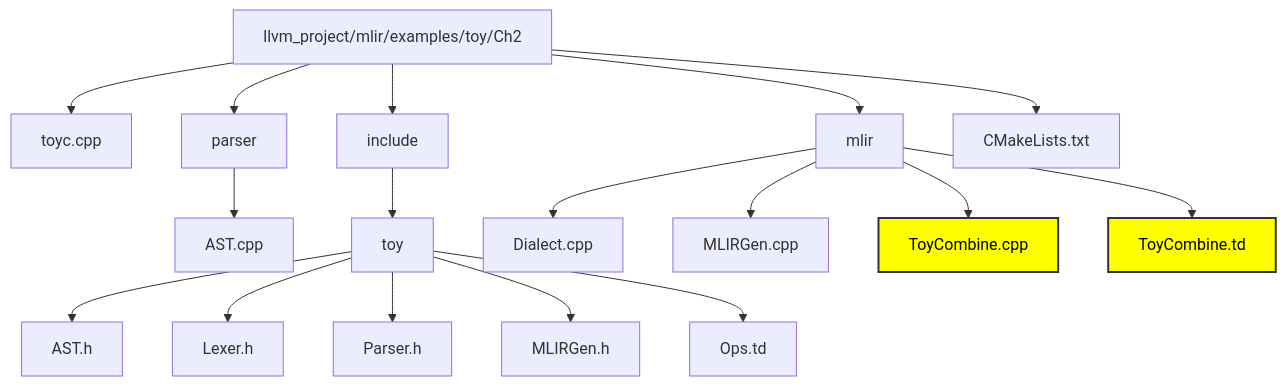
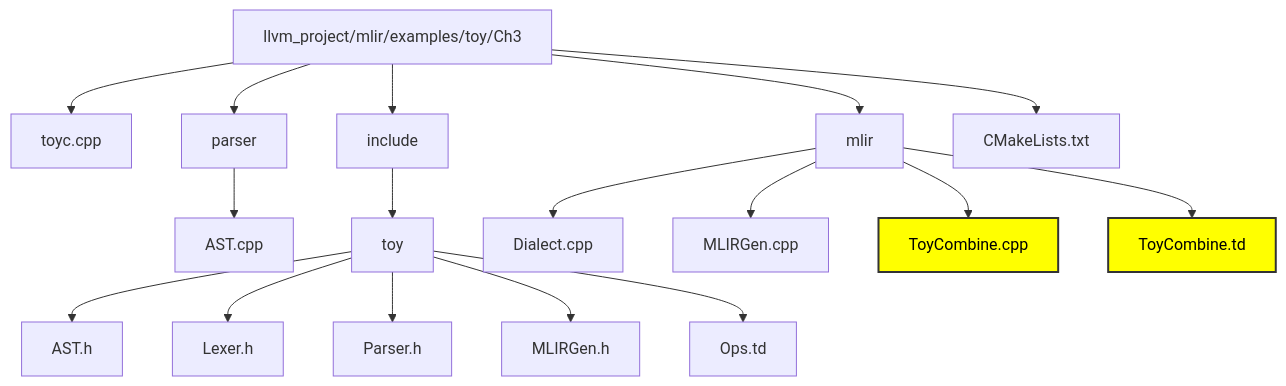
One commit to Ameya674/mlir_for_beginners changed the diagram in Ch3.md. Above: the diagram before and after it, drawn with Mermaid.

Commit message:
MLIR to MLIR Transformed

````diff
--- a/Ch3.md
+++ b/Ch3.md
@@ -9,51 +9,51 @@
 ```mermaid
 graph TD
-  ch2_compiler["llvm_project/mlir/examples/toy/Ch2"]
+  ch2_compiler["llvm_project/mlir/examples/toy/Ch3"]
 
   toyc.cpp["toyc.cpp"]
   include["include"]
   parser["parser"]
   mlir["mlir"] 
   cmakelists.txt["CMakeLists.txt"]
 
   ch2_compiler --> toyc.cpp
   ch2_compiler --> include
   ch2_compiler --> parser
   ch2_compiler --> mlir
   ch2_compiler --> cmakelists.txt
 
   AST.cpp["AST.cpp"]
 
   parser --> AST.cpp
 
   toy["toy"]
 
   include --> toy
 
   AST.h["AST.h"]
   Lexer.h["Lexer.h"]
   Parser.h["Parser.h"]
   MLIRGen.h["MLIRGen.h"]
   Ops.td["Ops.td"]
 
   toy --> AST.h
   toy --> Lexer.h
   toy --> Parser.h
   toy --> MLIRGen.h
   toy --> Ops.td
 
   Dialect.cpp["Dialect.cpp"] 
   MLIRGen.cpp["MLIRGen.cpp"]
   ToyCombine.cpp["ToyCombine.cpp"]
   ToyCombine.td["ToyCombine.td"]
 
   mlir --> Dialect.cpp
   mlir --> MLIRGen.cpp
   mlir --> ToyCombine.cpp
   mlir --> ToyCombine.td
 
   classDef yellow fill:#ff0,stroke:#333,stroke-width:2px,color:#000;
 
   class ToyCombine.td yellow
   class ToyCombine.cpp yellow
 ```
````
